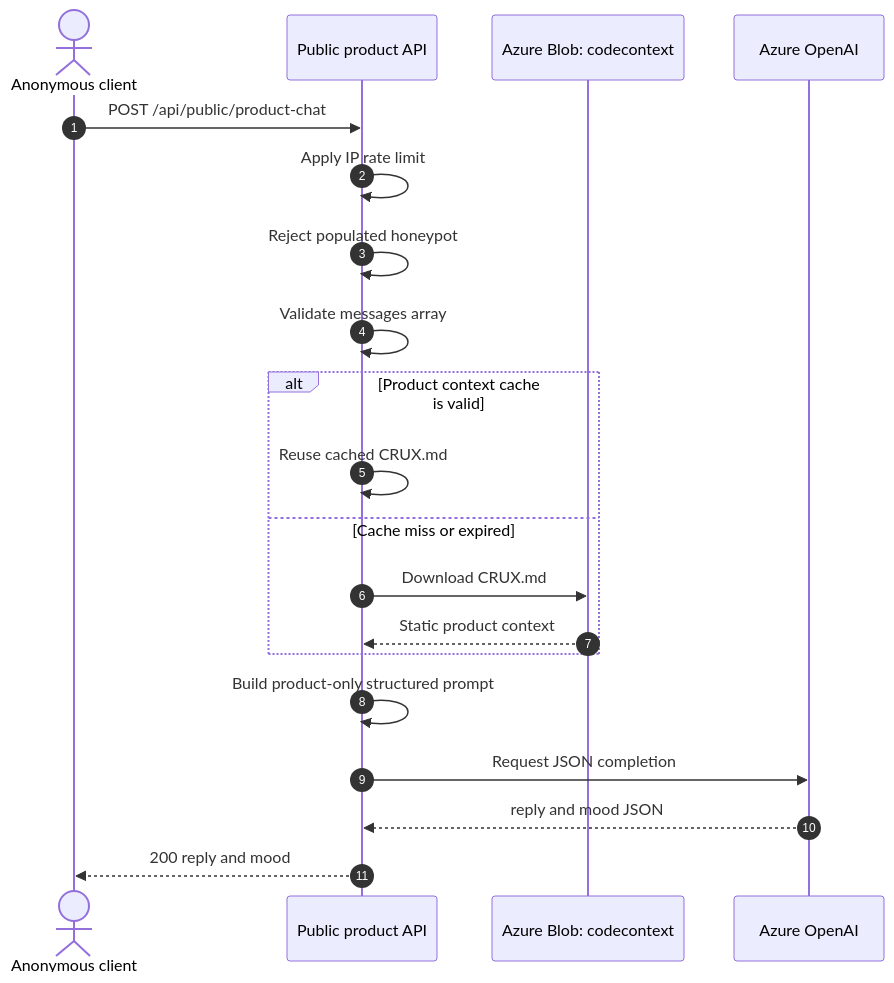
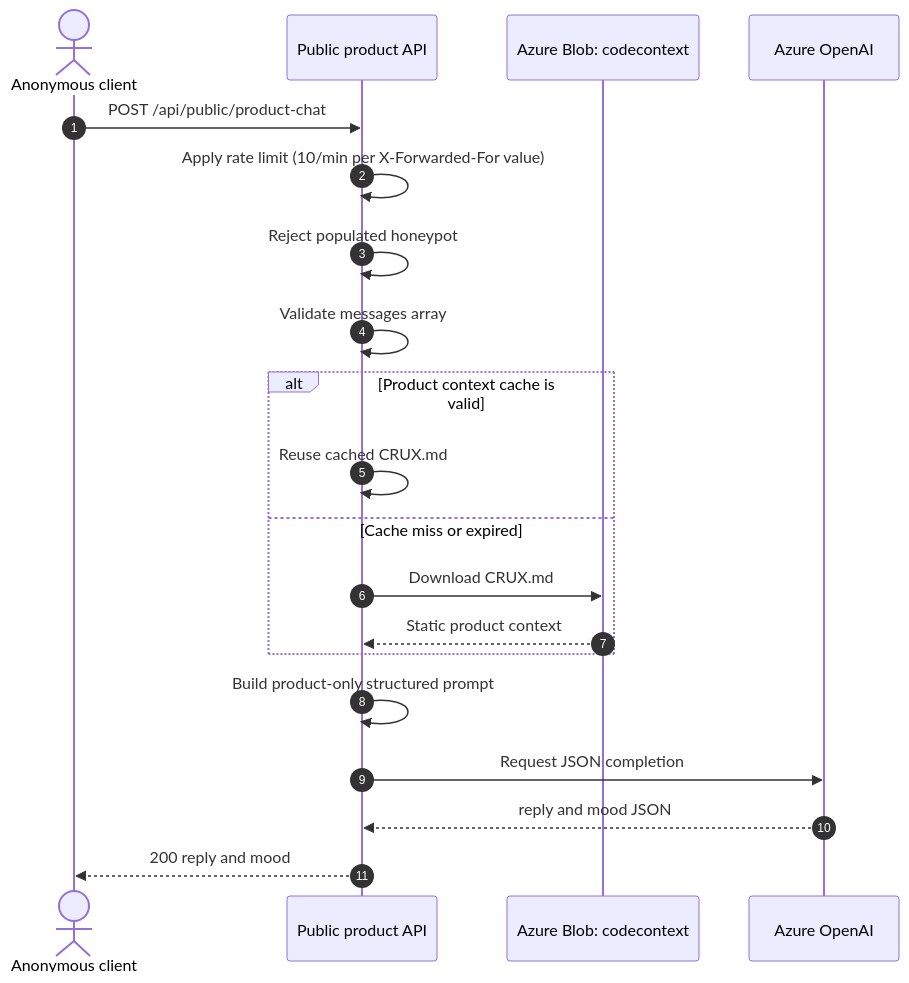
The second of 3 diagrams in README.md (pushpsood/OneHookUXEnhancement), drawn with Mermaid before and after one commit. The commit also changed other lines of this file and 32 other files, not shown here.

````diff
--- a/README.md
+++ b/README.md
@@ -109,23 +122,23 @@
 ```mermaid
 sequenceDiagram
   autonumber
   actor Anonymous as Anonymous client
   participant PublicAPI as Public product API
   participant ProductBlob as Azure Blob: codecontext
   participant AOAI as Azure OpenAI
 
   Anonymous->>PublicAPI: POST /api/public/product-chat
-  PublicAPI->>PublicAPI: Apply IP rate limit
+  PublicAPI->>PublicAPI: Apply rate limit (10/min per X-Forwarded-For value)
   PublicAPI->>PublicAPI: Reject populated honeypot
   PublicAPI->>PublicAPI: Validate messages array
   alt Product context cache is valid
     PublicAPI->>PublicAPI: Reuse cached CRUX.md
   else Cache miss or expired
     PublicAPI->>ProductBlob: Download CRUX.md
     ProductBlob-->>PublicAPI: Static product context
   end
   PublicAPI->>PublicAPI: Build product-only structured prompt
   PublicAPI->>AOAI: Request JSON completion
   AOAI-->>PublicAPI: reply and mood JSON
   PublicAPI-->>Anonymous: 200 reply and mood
 ```
````
